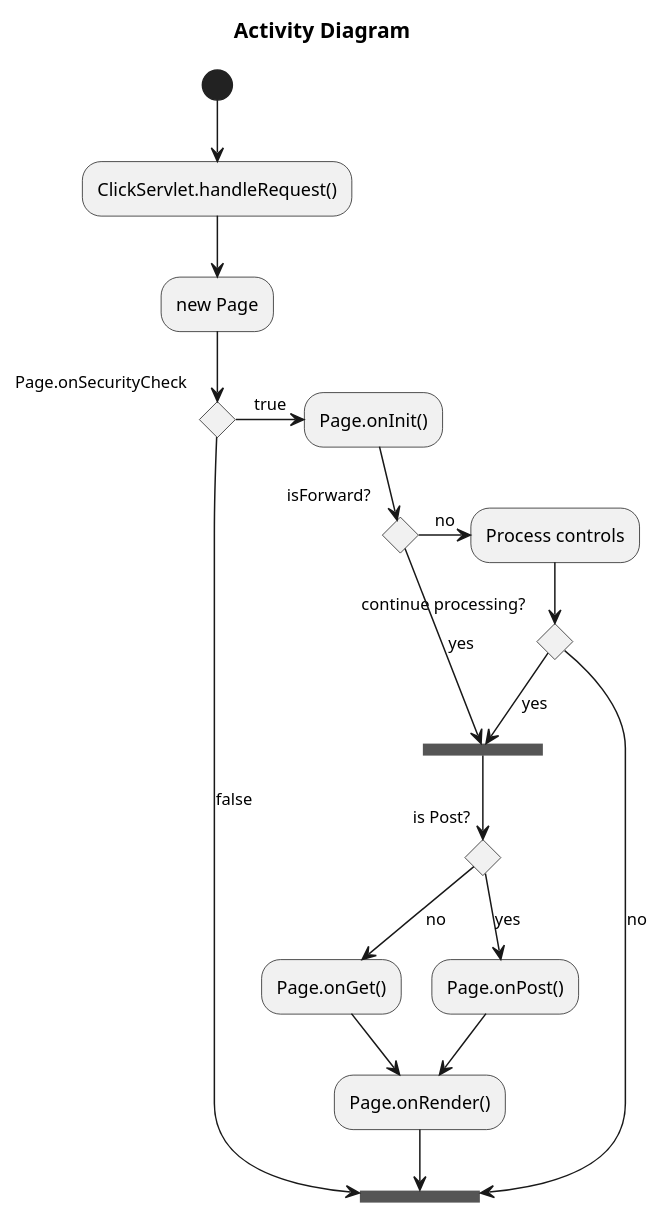
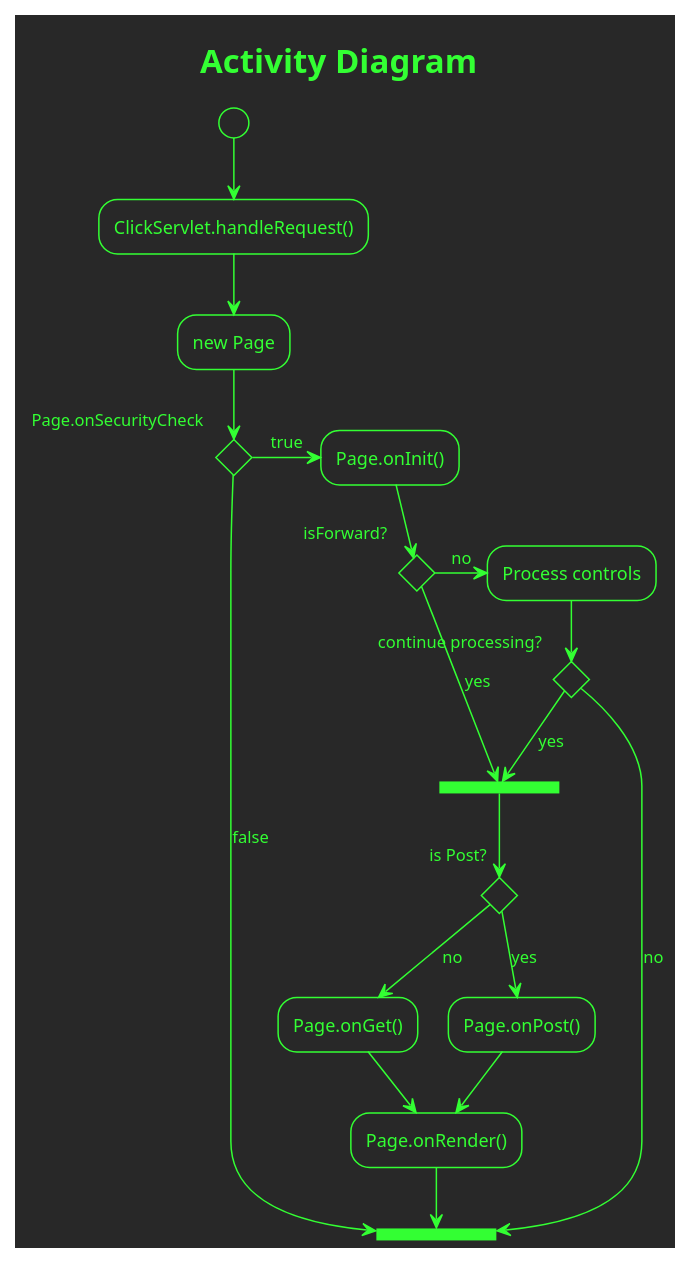
Before and after one commit to marcneubauer/PlantUML-Base: the first of 14 diagrams in examples/PUML Examples.puml, drawn with PlantUML. The commit also changed 3 other files, not shown here.

Commit message:
"add themes in examples. rename theme purpledurple, add reference"

```diff
--- a/examples/PUML Examples.puml
+++ b/examples/PUML Examples.puml
@@ -4,34 +4,40 @@
 @startuml
 title Activity Diagram
+'!theme blueprint
+!theme crt-green
+'!theme crt-amber
+'!theme sketchy
+'!include https://raw.githubusercontent.com/marcneubauer/PlantUML-Base/main/themes/puml-theme-materiaish.txt
+'
 
 (*) --> "ClickServlet.handleRequest()"
 --> "new Page"
 if "Page.onSecurityCheck" then
   ->[true] "Page.onInit()"
 
   if "isForward?" then
    ->[no] "Process controls"
 
    if "continue processing?" then
      -->[yes] ===RENDERING===
    else
      -->[no] ===REDIRECT_CHECK===
    endif
 
   else
    -->[yes] ===RENDERING===
   endif
 
   if "is Post?" then
     -->[yes] "Page.onPost()"
     --> "Page.onRender()" as render
     --> ===REDIRECT_CHECK===
   else
     -->[no] "Page.onGet()"
     --> render
   endif
 
 else
   -->[false] ===REDIRECT_CHECK===
 endif
 @enduml
```
